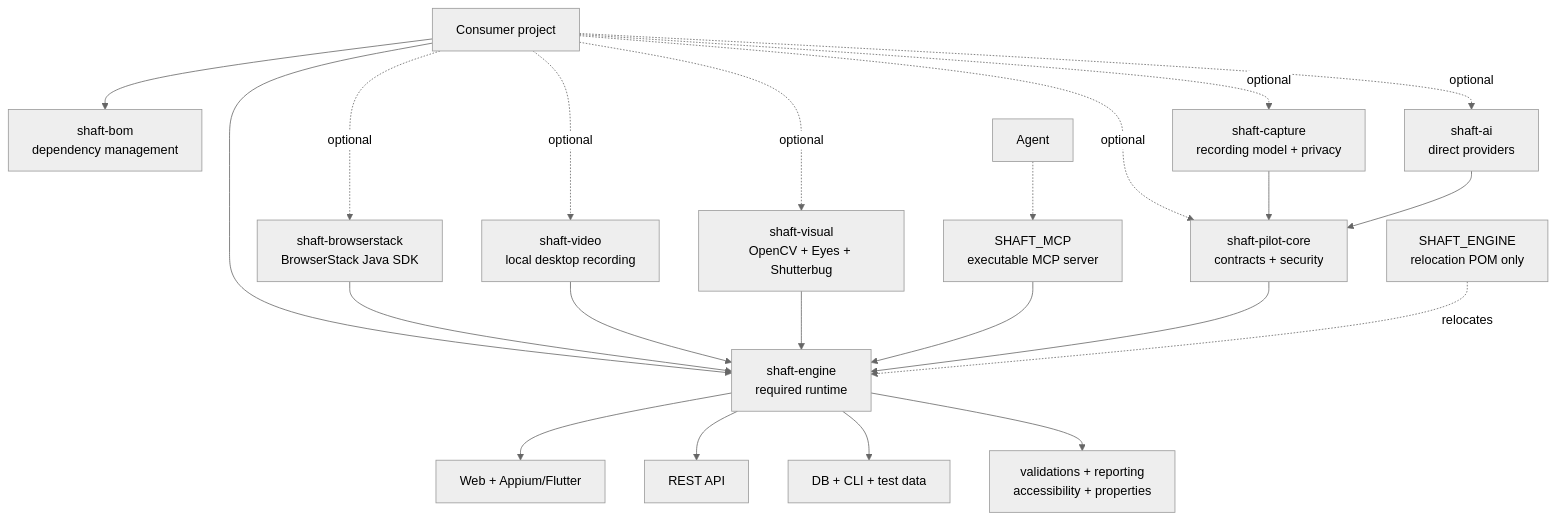
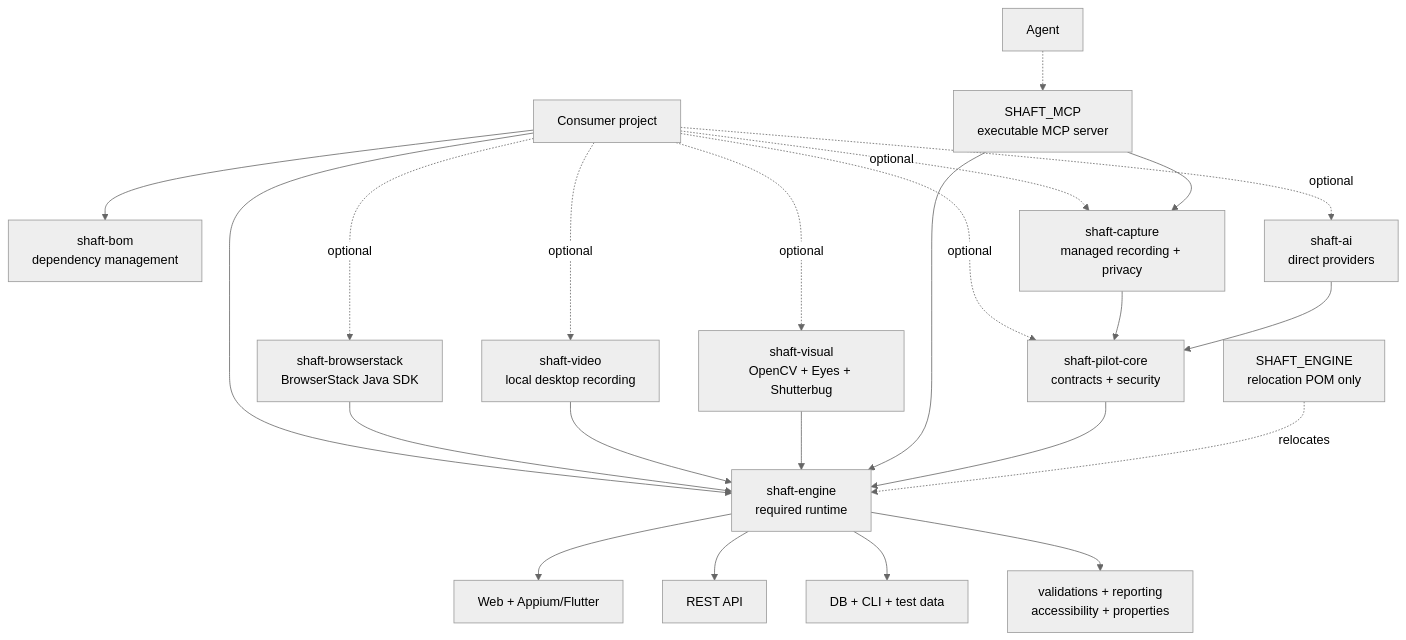
One commit to ShaftHQ/SHAFT_ENGINE changed the first of 2 diagrams in docs/ARCHITECTURE.md. Above: the diagram before and after it, drawn with Mermaid (neutral theme). The commit also changed other lines of this file and 33 other files, not shown here.

First line of the commit message:
[codex] Add managed browser SHAFT Capture recording (#2869)

````diff
--- a/docs/ARCHITECTURE.md
+++ b/docs/ARCHITECTURE.md
@@ -13,27 +13,28 @@
 ```mermaid
 flowchart TB
     Consumer["Consumer project"] --> BOM["shaft-bom<br/>dependency management"]
     Consumer --> Engine["shaft-engine<br/>required runtime"]
     Consumer -.->|optional| PilotCore["shaft-pilot-core<br/>contracts + security"]
-    Consumer -.->|optional| Capture["shaft-capture<br/>recording model + privacy"]
+    Consumer -.->|optional| Capture["shaft-capture<br/>managed recording + privacy"]
     Consumer -.->|optional| AI["shaft-ai<br/>direct providers"]
     Consumer -.->|optional| BrowserStack["shaft-browserstack<br/>BrowserStack Java SDK"]
     Consumer -.->|optional| Video["shaft-video<br/>local desktop recording"]
     Consumer -.->|optional| Visual["shaft-visual<br/>OpenCV + Eyes + Shutterbug"]
     Agent -.-> MCP["SHAFT_MCP<br/>executable MCP server"]
 
     BrowserStack --> Engine
     Video --> Engine
     Visual --> Engine
     MCP --> Engine
+    MCP --> Capture
     PilotCore --> Engine
     Capture --> PilotCore
     AI --> PilotCore
 
     Legacy["SHAFT_ENGINE<br/>relocation POM only"] -.->|relocates| Engine
 
     Engine --> GUI["Web + Appium/Flutter"]
     Engine --> API["REST API"]
     Engine --> Data["DB + CLI + test data"]
     Engine --> Support["validations + reporting<br/>accessibility + properties"]
 ```
````
